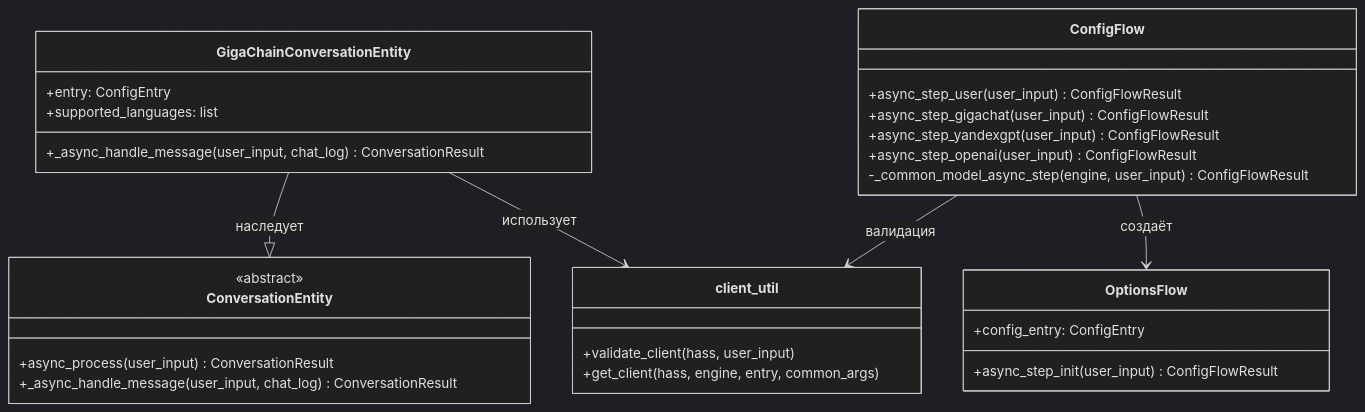
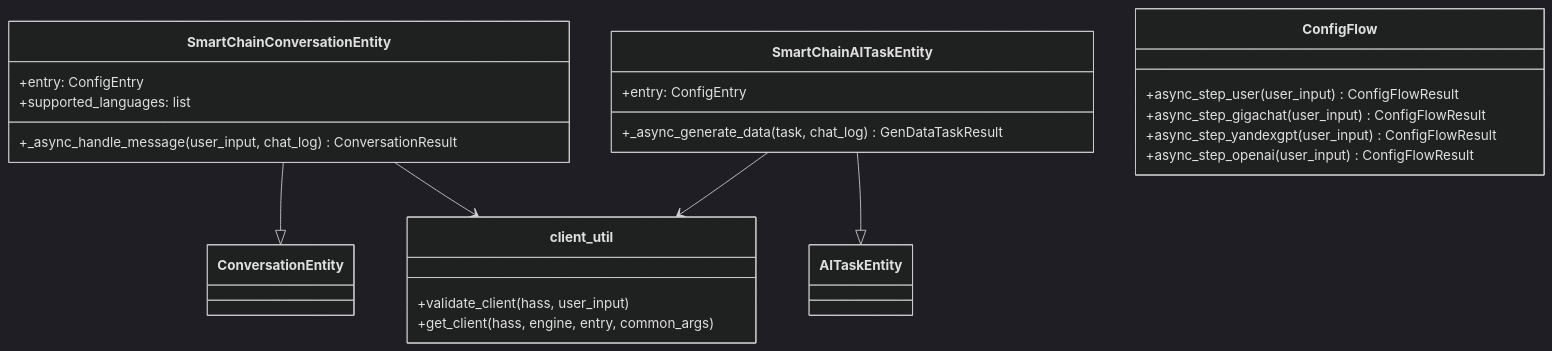
The second of 3 diagrams in docs/DOCUMENTATION.md (dzerik/ha-smartchain), drawn with Mermaid (dark theme) before and after one commit. The commit also changed other lines of this file and 2 other files, not shown here.

First line of the commit message:
docs: update all documentation for SmartChain rename

````diff
--- a/docs/DOCUMENTATION.md
+++ b/docs/DOCUMENTATION.md
@@ -54,37 +36,30 @@
 ```mermaid
 classDiagram
-    class GigaChainConversationEntity {
+    class SmartChainConversationEntity {
         +entry: ConfigEntry
         +supported_languages: list
         +_async_handle_message(user_input, chat_log) ConversationResult
     }
 
-    class ConversationEntity {
-        <<abstract>>
-        +async_process(user_input) ConversationResult
-        +_async_handle_message(user_input, chat_log) ConversationResult
+    class SmartChainAITaskEntity {
+        +entry: ConfigEntry
+        +_async_generate_data(task, chat_log) GenDataTaskResult
     }
 
     class ConfigFlow {
         +async_step_user(user_input) ConfigFlowResult
         +async_step_gigachat(user_input) ConfigFlowResult
         +async_step_yandexgpt(user_input) ConfigFlowResult
         +async_step_openai(user_input) ConfigFlowResult
-        -_common_model_async_step(engine, user_input) ConfigFlowResult
-    }
-
-    class OptionsFlow {
-        +config_entry: ConfigEntry
-        +async_step_init(user_input) ConfigFlowResult
     }
 
     class client_util {
         +validate_client(hass, user_input)
         +get_client(hass, engine, entry, common_args)
     }
 
-    GigaChainConversationEntity --|> ConversationEntity : наследует
-    GigaChainConversationEntity --> client_util : использует
-    ConfigFlow --> client_util : валидация
-    ConfigFlow --> OptionsFlow : создаёт
+    SmartChainConversationEntity --|> ConversationEntity
+    SmartChainAITaskEntity --|> AITaskEntity
+    SmartChainConversationEntity --> client_util
+    SmartChainAITaskEntity --> client_util
 ```
````
